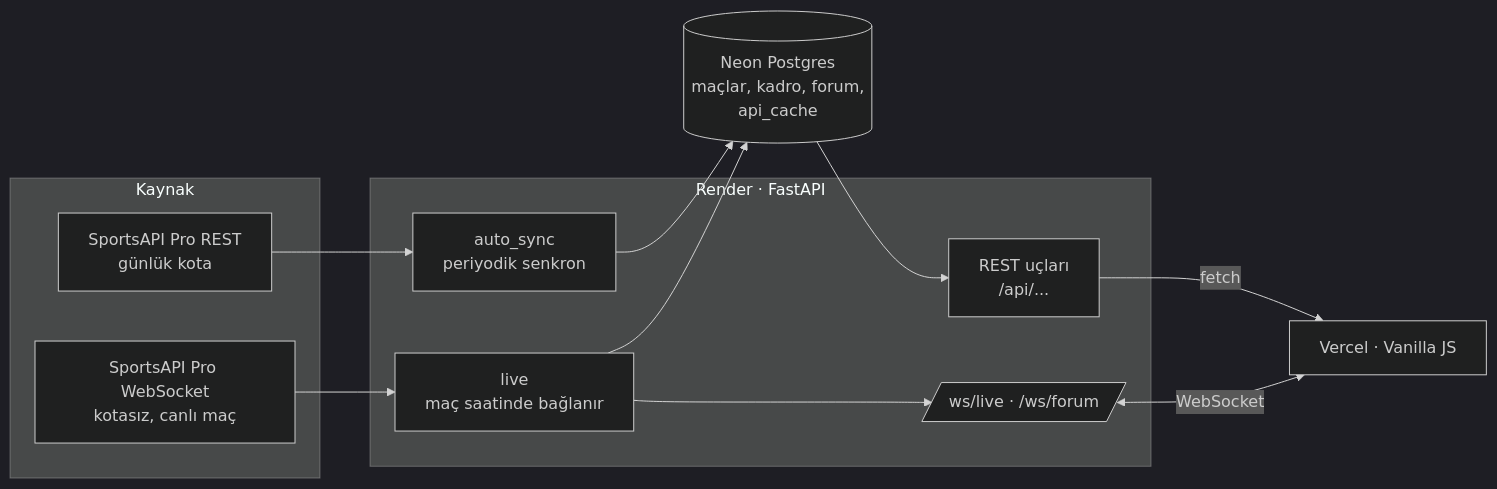
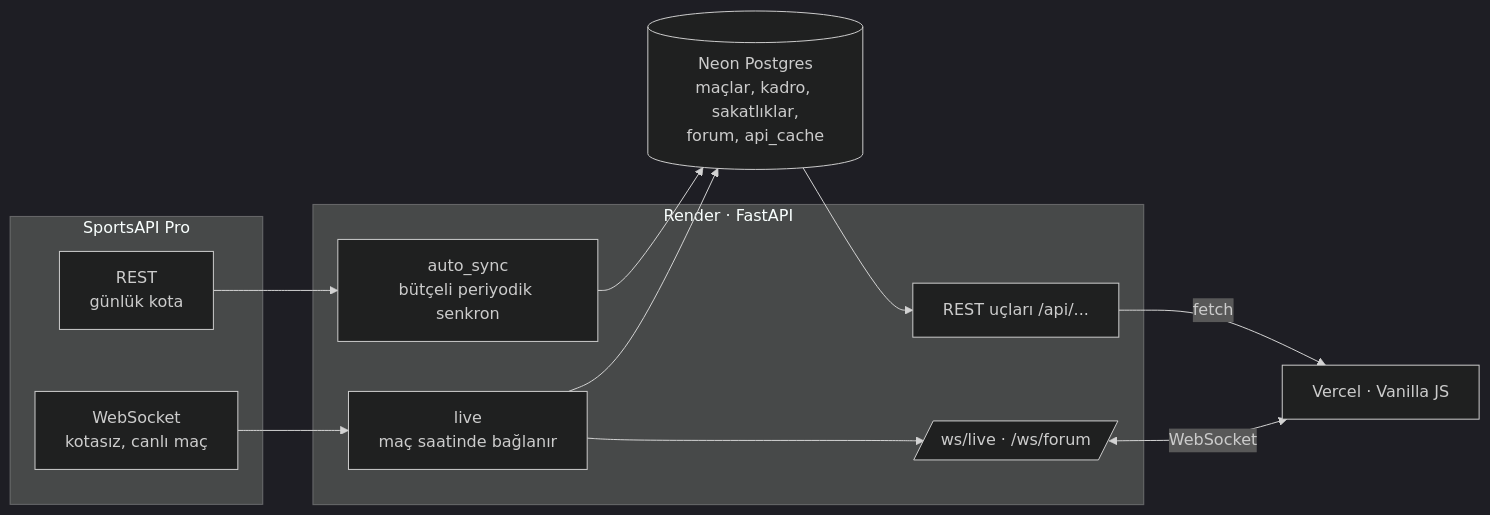
Before and after one commit to kutluktaskin/FenerHub: the diagram in README.md, drawn with Mermaid (dark theme). The commit also changed other lines of this file and 5 other files, not shown here.

````diff
--- a/README.md
+++ b/README.md
@@ -38,22 +57,22 @@
 ```mermaid
 flowchart LR
-    subgraph Kaynak
-        REST[SportsAPI Pro REST<br/>günlük kota]
-        WS[SportsAPI Pro WebSocket<br/>kotasız, canlı maç]
+    subgraph Kaynak["SportsAPI Pro"]
+        REST[REST<br/>günlük kota]
+        WS[WebSocket<br/>kotasız, canlı maç]
     end
     subgraph Render["Render · FastAPI"]
-        SYNC[auto_sync<br/>periyodik senkron]
+        SYNC[auto_sync<br/>bütçeli periyodik senkron]
         LIVE[live<br/>maç saatinde bağlanır]
-        API[REST uçları<br/>/api/...]
+        API[REST uçları /api/...]
         HUB[/ws/live · /ws/forum/]
     end
-    DB[(Neon Postgres<br/>maçlar, kadro, forum,<br/>api_cache)]
+    DB[(Neon Postgres<br/>maçlar, kadro, sakatlıklar,<br/>forum, api_cache)]
     WEB[Vercel · Vanilla JS]
 
     REST --> SYNC --> DB
     WS --> LIVE --> DB
     LIVE --> HUB
     DB --> API
     API -->|fetch| WEB
     HUB <-->|WebSocket| WEB
 ```
````
